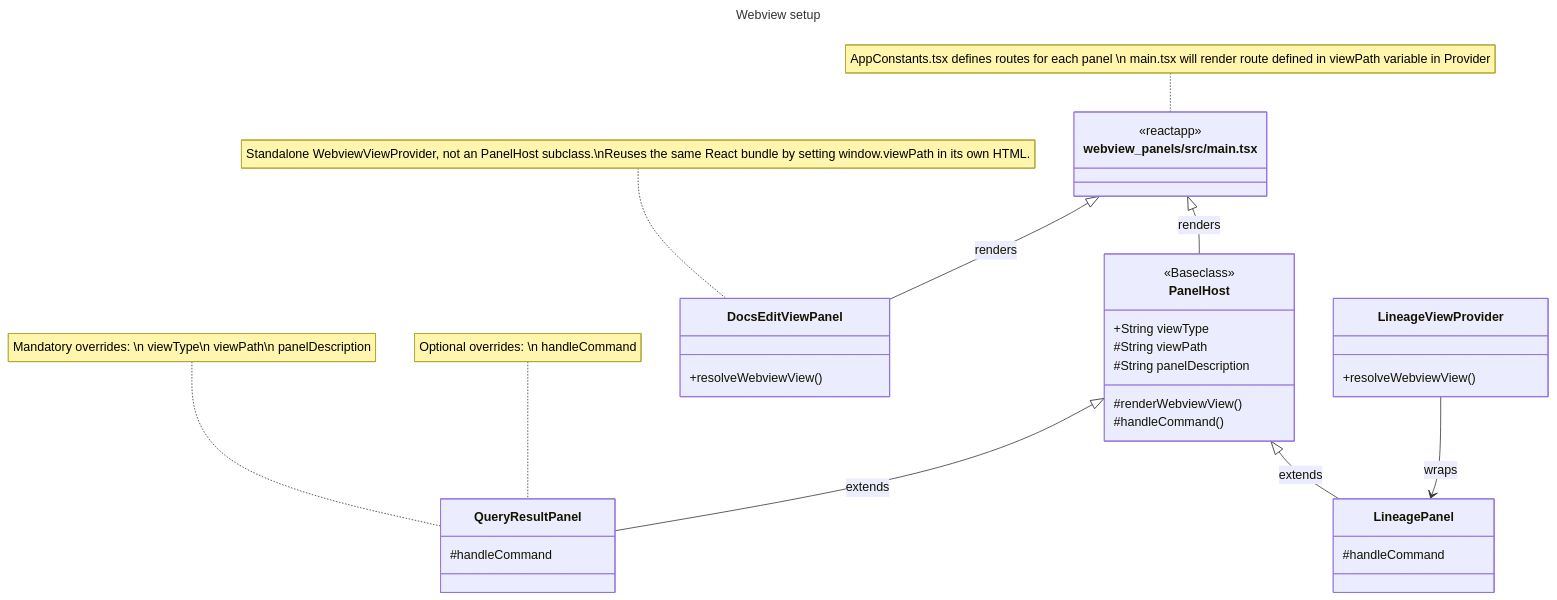
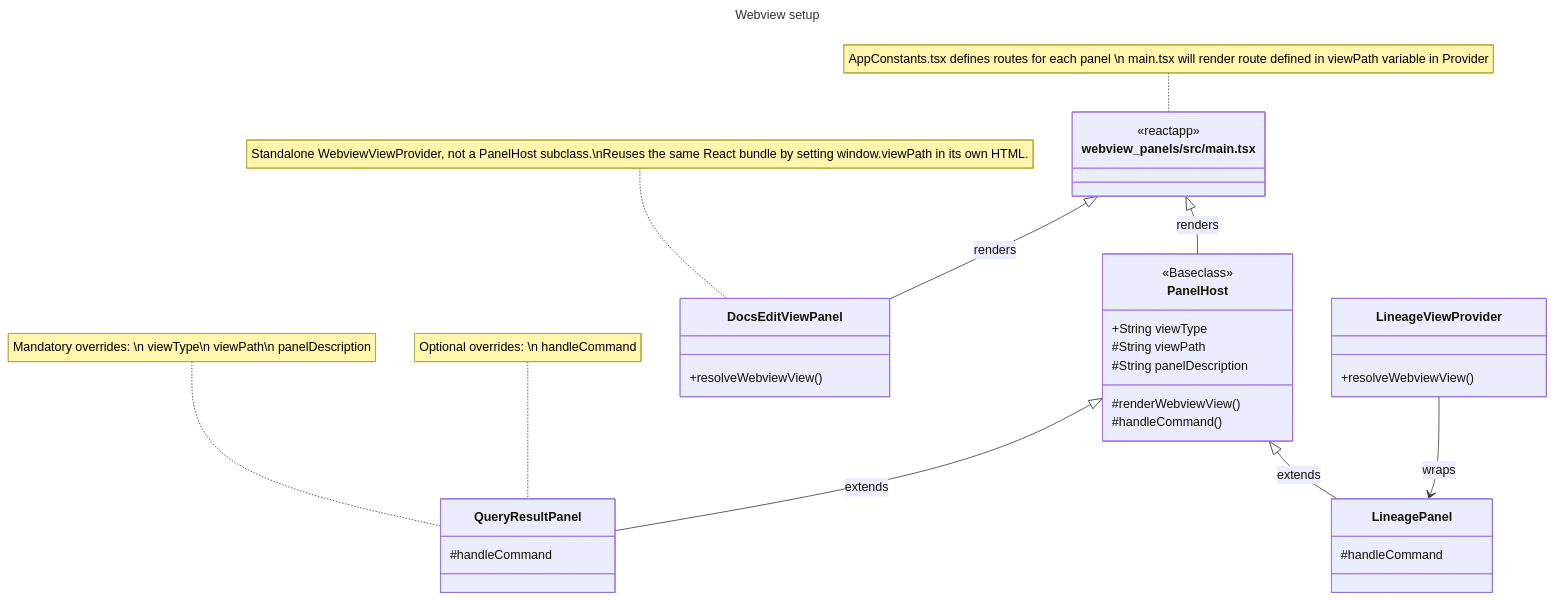
Before and after one commit to danielchawkins/vscode-dbt-power-user: the diagram in webview_panels/README.md, drawn with Mermaid. The commit also changed 33 other files, not shown here.

````diff
--- a/webview_panels/README.md
+++ b/webview_panels/README.md
@@ -5,47 +5,47 @@
 ```mermaid
 ---
 title: Webview setup
 ---
 classDiagram
     PanelHost <|-- QueryResultPanel : extends
     PanelHost <|-- LineagePanel : extends
     <<Baseclass>> PanelHost
 
     note for QueryResultPanel "Mandatory overrides: \n viewType\n viewPath\n panelDescription"
     note for QueryResultPanel "Optional overrides: \n handleCommand"
     PanelHost : +String viewType
     PanelHost : #String viewPath
     PanelHost : #String panelDescription
     PanelHost: #renderWebviewView()
     PanelHost: #handleCommand()
     class QueryResultPanel{
       #handleCommand
     }
     class LineagePanel{
       #handleCommand
     }
     class LineageViewProvider{
       +resolveWebviewView()
     }
     LineageViewProvider --> LineagePanel : wraps
 
     class DocsEditViewPanel{
       +resolveWebviewView()
     }
-    note for DocsEditViewPanel "Standalone WebviewViewProvider, not an PanelHost subclass.\nReuses the same React bundle by setting window.viewPath in its own HTML."
+    note for DocsEditViewPanel "Standalone WebviewViewProvider, not a PanelHost subclass.\nReuses the same React bundle by setting window.viewPath in its own HTML."
 
     class Webview_panels["webview_panels/src/main.tsx"]
     Webview_panels <|-- PanelHost : renders
     Webview_panels <|-- DocsEditViewPanel : renders
     <<reactapp>> Webview_panels
     note for Webview_panels "AppConstants.tsx defines routes for each panel \n main.tsx will render route defined in viewPath variable in Provider"
 
 
     click PanelHost href "../src/webview_provider/panelHost.ts" ""
     click QueryResultPanel href "../src/webview_provider/queryResultPanel.ts" ""
     click LineagePanel href "../src/webview_provider/lineagePanel.ts" ""
     click LineageViewProvider href "../src/webview_provider/lineageViewProvider.ts" ""
     click DocsEditViewPanel href "../src/webview_provider/docsEditPanel.ts" ""
     click Webview_panels href "./src/main.tsx" ""
 
 ```
````
